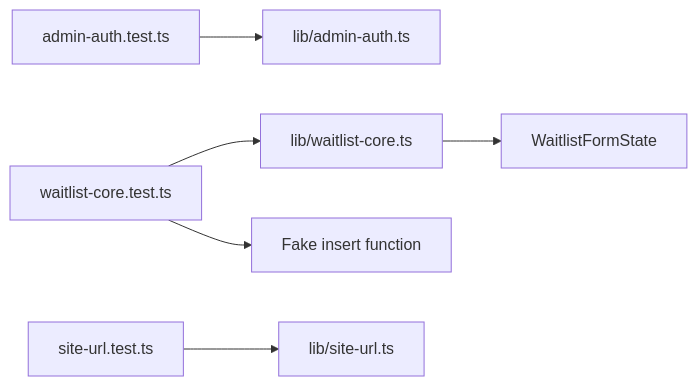
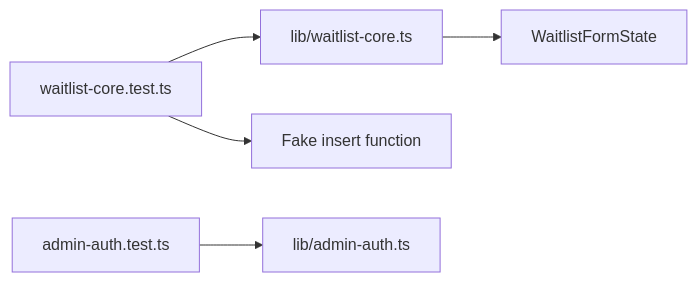
The diagram in tests/README.md (KipianiNikoloz/FoodLoop), drawn with Mermaid before and after one commit. The commit also changed other lines of this file and 19 other files, not shown here.

````diff
--- a/tests/README.md
+++ b/tests/README.md
@@ -7,17 +7,14 @@
 ```mermaid
 flowchart LR
   Test[waitlist-core.test.ts]
   AdminTest[admin-auth.test.ts]
-  SiteUrlTest[site-url.test.ts]
   Core[lib/waitlist-core.ts]
   Admin[lib/admin-auth.ts]
-  SiteUrl[lib/site-url.ts]
   FakeInsert[Fake insert function]
   State[WaitlistFormState]
 
   Test --> Core
   Test --> FakeInsert
   Core --> State
   AdminTest --> Admin
-  SiteUrlTest --> SiteUrl
 ```
````
